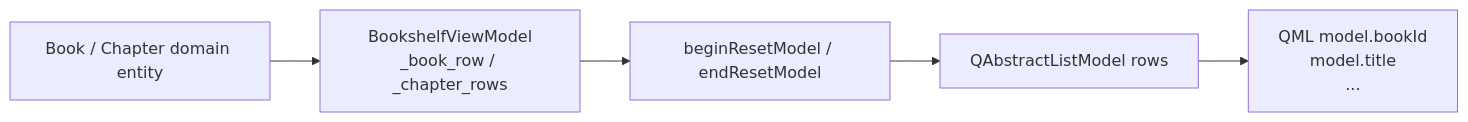
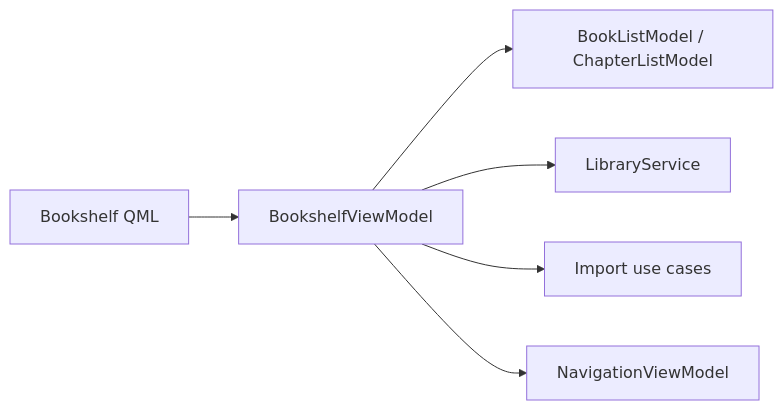
Before and after one commit to peakwheat-pixel/New-Manga: the diagram in wiki/codewiki/bookshelf_ui.md, drawn with Mermaid. The commit also changed other lines of this file and 24 other files, not shown here.

````diff
--- a/wiki/codewiki/bookshelf_ui.md
+++ b/wiki/codewiki/bookshelf_ui.md
@@ -144,7 +35,8 @@
 ```mermaid
 flowchart LR
-    Entity["Book / Chapter domain entity"] --> VM["BookshelfViewModel\n_book_row / _chapter_rows"]
-    VM --> Reset["beginResetModel / endResetModel"]
-    Reset --> QtModel["QAbstractListModel rows"]
-    QtModel --> Delegate["QML model.bookId\nmodel.title\n..."]
+    QML["Bookshelf QML"] --> VM["BookshelfViewModel"]
+    VM --> MODELS["BookListModel / ChapterListModel"]
+    VM --> LIB["LibraryService"]
+    VM --> IMPORT["Import use cases"]
+    VM --> NAV["NavigationViewModel"]
 ```
````
